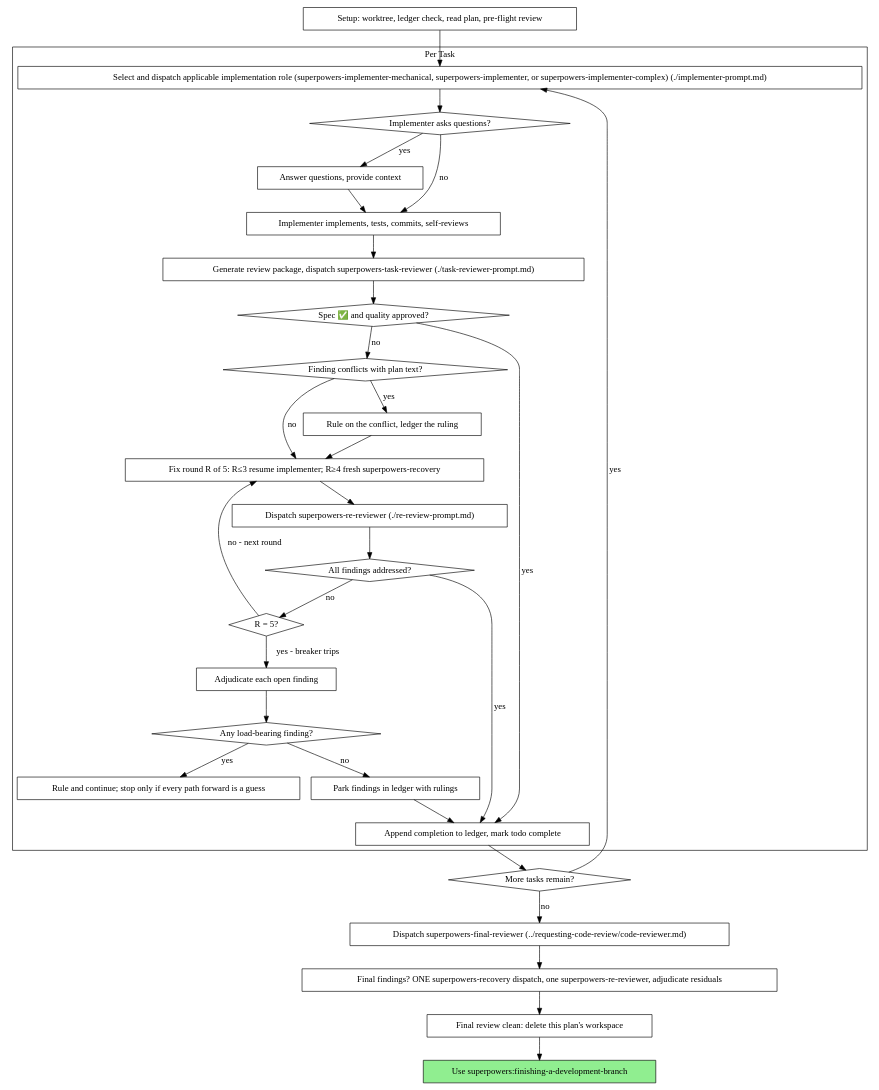
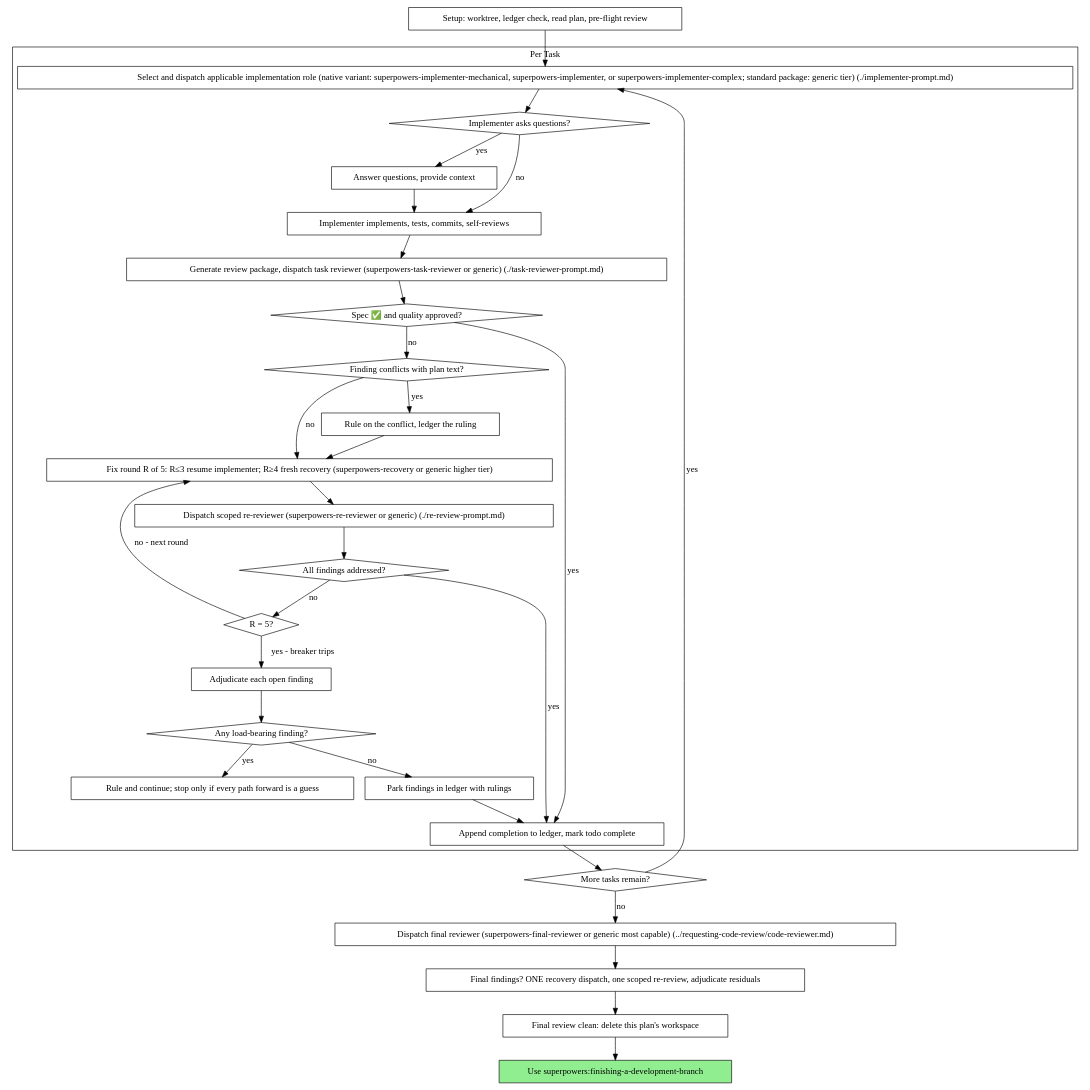
Before and after one commit to lucasmedeirosleite/superpowers: the second of 2 diagrams in skills/subagent-driven-development/SKILL.md, drawn with Graphviz. The commit also changed other lines of this file and 11 other files, not shown here.

````diff
--- a/skills/subagent-driven-development/SKILL.md
+++ b/skills/subagent-driven-development/SKILL.md
@@ -61,62 +61,62 @@
 ```dot
 digraph process {
     rankdir=TB;
 
     subgraph cluster_per_task {
         label="Per Task";
-        "Select and dispatch applicable implementation role (superpowers-implementer-mechanical, superpowers-implementer, or superpowers-implementer-complex) (./implementer-prompt.md)" [shape=box];
+        "Select and dispatch applicable implementation role (native variant: superpowers-implementer-mechanical, superpowers-implementer, or superpowers-implementer-complex; standard package: generic tier) (./implementer-prompt.md)" [shape=box];
         "Implementer asks questions?" [shape=diamond];
         "Answer questions, provide context" [shape=box];
         "Implementer implements, tests, commits, self-reviews" [shape=box];
-        "Generate review package, dispatch superpowers-task-reviewer (./task-reviewer-prompt.md)" [shape=box];
+        "Generate review package, dispatch task reviewer (superpowers-task-reviewer or generic) (./task-reviewer-prompt.md)" [shape=box];
         "Spec ✅ and quality approved?" [shape=diamond];
         "Finding conflicts with plan text?" [shape=diamond];
         "Rule on the conflict, ledger the ruling" [shape=box];
-        "Fix round R of 5: R≤3 resume implementer; R≥4 fresh superpowers-recovery" [shape=box];
-        "Dispatch superpowers-re-reviewer (./re-review-prompt.md)" [shape=box];
+        "Fix round R of 5: R≤3 resume implementer; R≥4 fresh recovery (superpowers-recovery or generic higher tier)" [shape=box];
+        "Dispatch scoped re-reviewer (superpowers-re-reviewer or generic) (./re-review-prompt.md)" [shape=box];
         "All findings addressed?" [shape=diamond];
         "R = 5?" [shape=diamond];
         "Adjudicate each open finding" [shape=box];
         "Any load-bearing finding?" [shape=diamond];
         "Rule and continue; stop only if every path forward is a guess" [shape=box];
         "Park findings in ledger with rulings" [shape=box];
         "Append completion to ledger, mark todo complete" [shape=box];
     }
 
     "Setup: worktree, ledger check, read plan, pre-flight review" [shape=box];
     "More tasks remain?" [shape=diamond];
-    "Dispatch superpowers-final-reviewer (../requesting-code-review/code-reviewer.md)" [shape=box];
-    "Final findings? ONE superpowers-recovery dispatch, one superpowers-re-reviewer, adjudicate residuals" [shape=box];
+    "Dispatch final reviewer (superpowers-final-reviewer or generic most capable) (../requesting-code-review/code-reviewer.md)" [shape=box];
+    "Final findings? ONE recovery dispatch, one scoped re-review, adjudicate residuals" [shape=box];
     "Final review clean: delete this plan's workspace" [shape=box];
     "Use superpowers:finishing-a-development-branch" [shape=box style=filled fillcolor=lightgreen];
 
-    "Setup: worktree, ledger check, read plan, pre-flight review" -> "Select and dispatch applicable implementation role (superpowers-implementer-mechanical, superpowers-implementer, or superpowers-implementer-complex) (./implementer-prompt.md)";
-    "Select and dispatch applicable implementation role (superpowers-implementer-mechanical, superpowers-implementer, or superpowers-implementer-complex) (./implementer-prompt.md)" -> "Implementer asks questions?";
+    "Setup: worktree, ledger check, read plan, pre-flight review" -> "Select and dispatch applicable implementation role (native variant: superpowers-implementer-mechanical, superpowers-implementer, or superpowers-implementer-complex; standard package: generic tier) (./implementer-prompt.md)";
+    "Select and dispatch applicable implementation role (native variant: superpowers-implementer-mechanical, superpowers-implementer, or superpowers-implementer-complex; standard package: generic tier) (./implementer-prompt.md)" -> "Implementer asks questions?";
     "Implementer asks questions?" -> "Answer questions, provide context" [label="yes"];
     "Answer questions, provide context" -> "Implementer implements, tests, commits, self-reviews";
     "Implementer asks questions?" -> "Implementer implements, tests, commits, self-reviews" [label="no"];
-    "Implementer implements, tests, commits, self-reviews" -> "Generate review package, dispatch superpowers-task-reviewer (./task-reviewer-prompt.md)";
-    "Generate review package, dispatch superpowers-task-reviewer (./task-reviewer-prompt.md)" -> "Spec ✅ and quality approved?";
+    "Implementer implements, tests, commits, self-reviews" -> "Generate review package, dispatch task reviewer (superpowers-task-reviewer or generic) (./task-reviewer-prompt.md)";
+    "Generate review package, dispatch task reviewer (superpowers-task-reviewer or generic) (./task-reviewer-prompt.md)" -> "Spec ✅ and quality approved?";
     "Spec ✅ and quality approved?" -> "Append completion to ledger, mark todo complete" [label="yes"];
     "Spec ✅ and quality approved?" -> "Finding conflicts with plan text?" [label="no"];
     "Finding conflicts with plan text?" -> "Rule on the conflict, ledger the ruling" [label="yes"];
-    "Rule on the conflict, ledger the ruling" -> "Fix round R of 5: R≤3 resume implementer; R≥4 fresh superpowers-recovery";
-    "Finding conflicts with plan text?" -> "Fix round R of 5: R≤3 resume implementer; R≥4 fresh superpowers-recovery" [label="no"];
-    "Fix round R of 5: R≤3 resume implementer; R≥4 fresh superpowers-recovery" -> "Dispatch superpowers-re-reviewer (./re-review-prompt.md)";
-    "Dispatch superpowers-re-reviewer (./re-review-prompt.md)" -> "All findings addressed?";
+    "Rule on the conflict, ledger the ruling" -> "Fix round R of 5: R≤3 resume implementer; R≥4 fresh recovery (superpowers-recovery or generic higher tier)";
+    "Finding conflicts with plan text?" -> "Fix round R of 5: R≤3 resume implementer; R≥4 fresh recovery (superpowers-recovery or generic higher tier)" [label="no"];
+    "Fix round R of 5: R≤3 resume implementer; R≥4 fresh recovery (superpowers-recovery or generic higher tier)" -> "Dispatch scoped re-reviewer (superpowers-re-reviewer or generic) (./re-review-prompt.md)";
+    "Dispatch scoped re-reviewer (superpowers-re-reviewer or generic) (./re-review-prompt.md)" -> "All findings addressed?";
     "All findings addressed?" -> "Append completion to ledger, mark todo complete" [label="yes"];
     "All findings addressed?" -> "R = 5?" [label="no"];
-    "R = 5?" -> "Fix round R of 5: R≤3 resume implementer; R≥4 fresh superpowers-recovery" [label="no - next round"];
+    "R = 5?" -> "Fix round R of 5: R≤3 resume implementer; R≥4 fresh recovery (superpowers-recovery or generic higher tier)" [label="no - next round"];
     "R = 5?" -> "Adjudicate each open finding" [label="yes - breaker trips"];
     "Adjudicate each open finding" -> "Any load-bearing finding?";
     "Any load-bearing finding?" -> "Rule and continue; stop only if every path forward is a guess" [label="yes"];
     "Any load-bearing finding?" -> "Park findings in ledger with rulings" [label="no"];
     "Park findings in ledger with rulings" -> "Append completion to ledger, mark todo complete";
     "Append completion to ledger, mark todo complete" -> "More tasks remain?";
-    "More tasks remain?" -> "Select and dispatch applicable implementation role (superpowers-implementer-mechanical, superpowers-implementer, or superpowers-implementer-complex) (./implementer-prompt.md)" [label="yes"];
-    "More tasks remain?" -> "Dispatch superpowers-final-reviewer (../requesting-code-review/code-reviewer.md)" [label="no"];
-    "Dispatch superpowers-final-reviewer (../requesting-code-review/code-reviewer.md)" -> "Final findings? ONE superpowers-recovery dispatch, one superpowers-re-reviewer, adjudicate residuals";
-    "Final findings? ONE superpowers-recovery dispatch, one superpowers-re-reviewer, adjudicate residuals" -> "Final review clean: delete this plan's workspace";
+    "More tasks remain?" -> "Select and dispatch applicable implementation role (native variant: superpowers-implementer-mechanical, superpowers-implementer, or superpowers-implementer-complex; standard package: generic tier) (./implementer-prompt.md)" [label="yes"];
+    "More tasks remain?" -> "Dispatch final reviewer (superpowers-final-reviewer or generic most capable) (../requesting-code-review/code-reviewer.md)" [label="no"];
+    "Dispatch final reviewer (superpowers-final-reviewer or generic most capable) (../requesting-code-review/code-reviewer.md)" -> "Final findings? ONE recovery dispatch, one scoped re-review, adjudicate residuals";
+    "Final findings? ONE recovery dispatch, one scoped re-review, adjudicate residuals" -> "Final review clean: delete this plan's workspace";
     "Final review clean: delete this plan's workspace" -> "Use superpowers:finishing-a-development-branch";
 }
 ```
````
